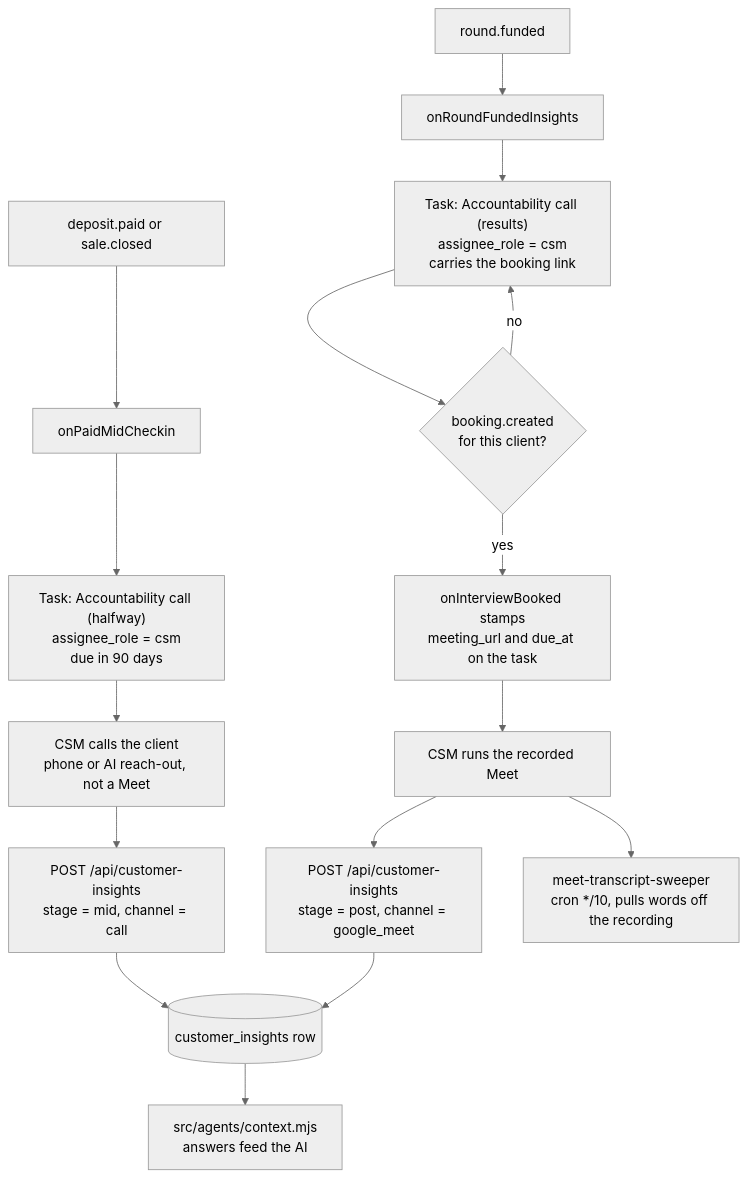
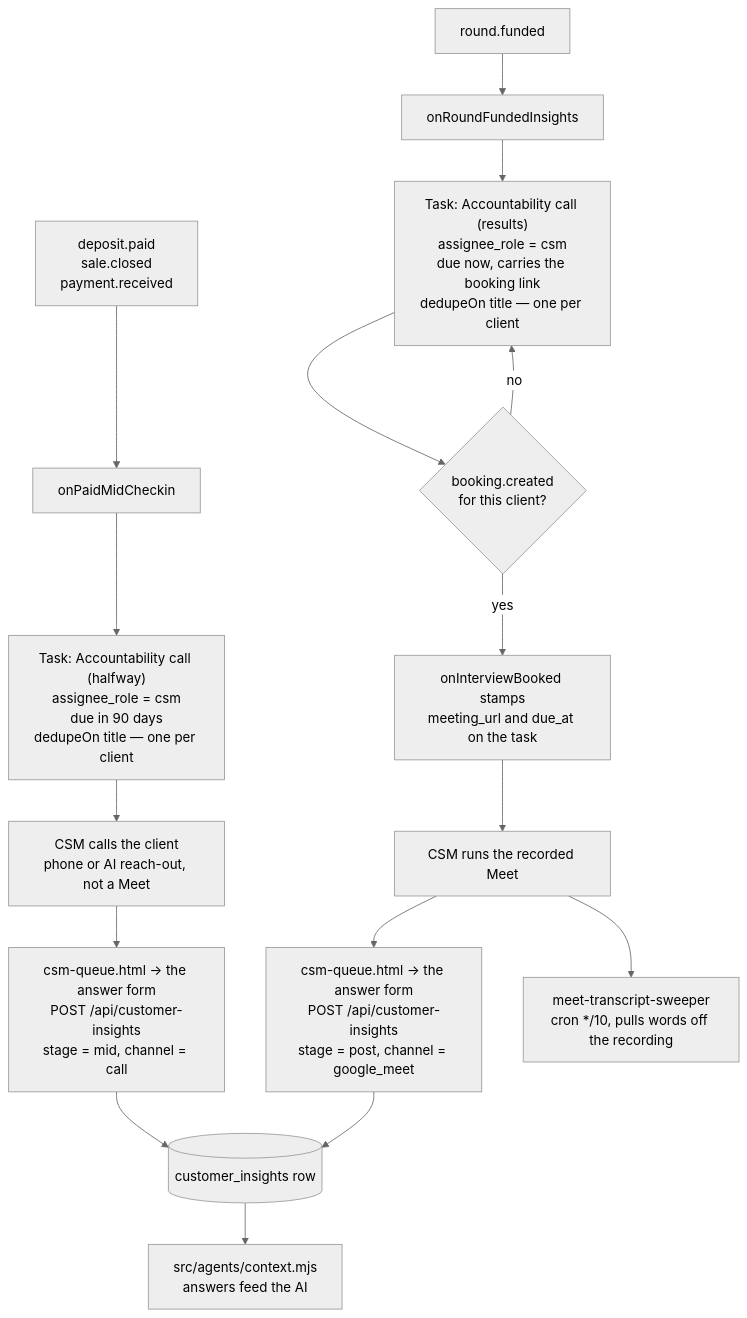
Before and after one commit to ZootimusMaximusSupreme/Fundhub_ai: the first of 3 diagrams in docs/journeys/role-csm-actual.md, drawn with Mermaid (neutral theme). The commit also changed other lines of this file and 41 other files, not shown here.

````diff
--- a/docs/journeys/role-csm-actual.md
+++ b/docs/journeys/role-csm-actual.md
@@ -25,20 +31,20 @@
 ```mermaid
 flowchart TD
-    A[deposit.paid or sale.closed] --> B[onPaidMidCheckin]
-    B --> C["Task: Accountability call (halfway)<br/>assignee_role = csm<br/>due in 90 days"]
+    A["deposit.paid<br/>sale.closed<br/>payment.received"] --> B[onPaidMidCheckin]
+    B --> C["Task: Accountability call (halfway)<br/>assignee_role = csm<br/>due in 90 days<br/>dedupeOn title — one per client"]
     C --> D[CSM calls the client<br/>phone or AI reach-out, not a Meet]
 
     E[round.funded] --> F[onRoundFundedInsights]
-    F --> G["Task: Accountability call (results)<br/>assignee_role = csm<br/>carries the booking link"]
+    F --> G["Task: Accountability call (results)<br/>assignee_role = csm<br/>due now, carries the booking link<br/>dedupeOn title — one per client"]
     G --> H{booking.created<br/>for this client?}
     H -->|yes| I[onInterviewBooked stamps<br/>meeting_url and due_at on the task]
     H -->|no| G
     I --> J[CSM runs the recorded Meet]
 
-    D --> K["POST /api/customer-insights<br/>stage = mid, channel = call"]
-    J --> L["POST /api/customer-insights<br/>stage = post, channel = google_meet"]
+    D --> K["csm-queue.html → the answer form<br/>POST /api/customer-insights<br/>stage = mid, channel = call"]
+    J --> L["csm-queue.html → the answer form<br/>POST /api/customer-insights<br/>stage = post, channel = google_meet"]
     K --> M[(customer_insights row)]
     L --> M
     M --> N[src/agents/context.mjs<br/>answers feed the AI]
     J --> O[meet-transcript-sweeper<br/>cron */10, pulls words off the recording]
 ```
````
